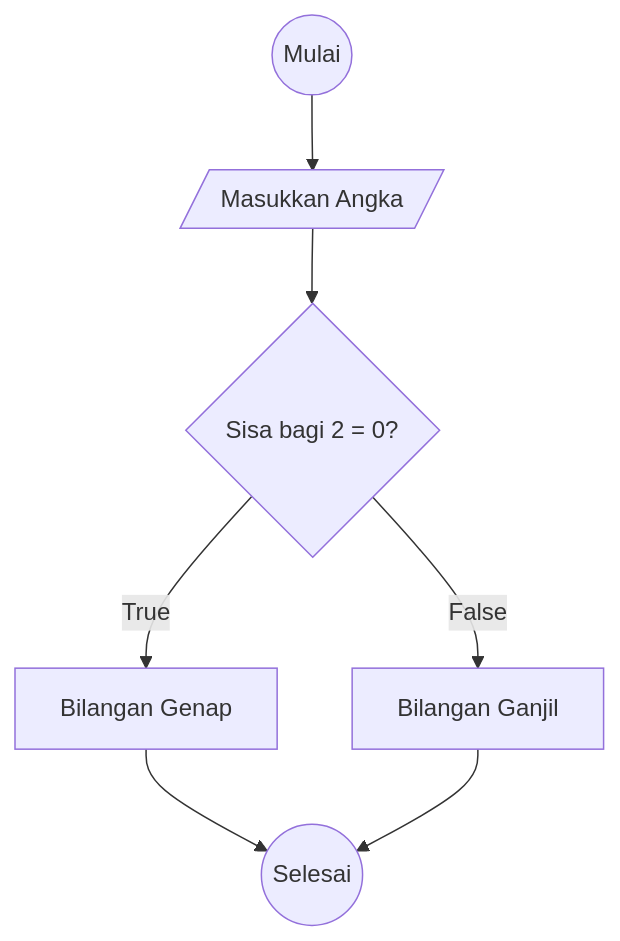
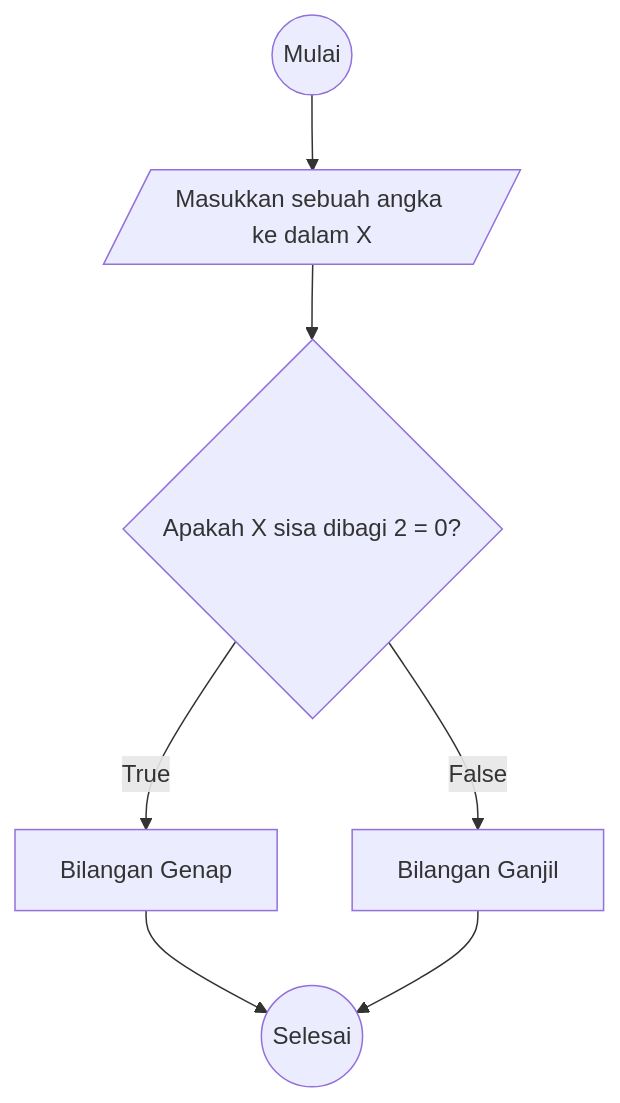
The diagram in flowchart-ganjil-genap.md (adityabastyas/koda-b6-algoritma), drawn with Mermaid before and after one commit.

Commit message:
Update flowchart to include variable X for input

````diff
--- a/flowchart-ganjil-genap.md
+++ b/flowchart-ganjil-genap.md
@@ -1,24 +1,25 @@
 ```mermaid
 
 flowchart TD
-A@{ shape: circle, label: "Mulai" }
-B@{ shape: lean-r, label: "Masukkan Angka" }
-C@{ shape: diamond, label: "Sisa bagi 2 = 0?" }
-D@{ shape: rect, label: "Bilangan Genap" }
-E@{ shape: rect, label: "Bilangan Ganjil" }
-F@{ shape: circle, label: "Selesai" }
+    A@{ shape: circle, label: "Mulai" }
+    B@{ shape: lean-r, label: "Masukkan sebuah angka ke dalam X" }
+    C@{ shape: diamond, label: "Apakah X sisa dibagi 2 = 0?" }
+    D@{ shape: rect, label: "Bilangan Genap" }
+    E@{ shape: rect, label: "Bilangan Ganjil" }
+    F@{ shape: circle, label: "Selesai" }
 
     A --> B
     B --> C
     C -- True --> D
     C -- False --> E
     D --> F
     E --> F
 
 
 
 
 
 
 
+
 ```
````
